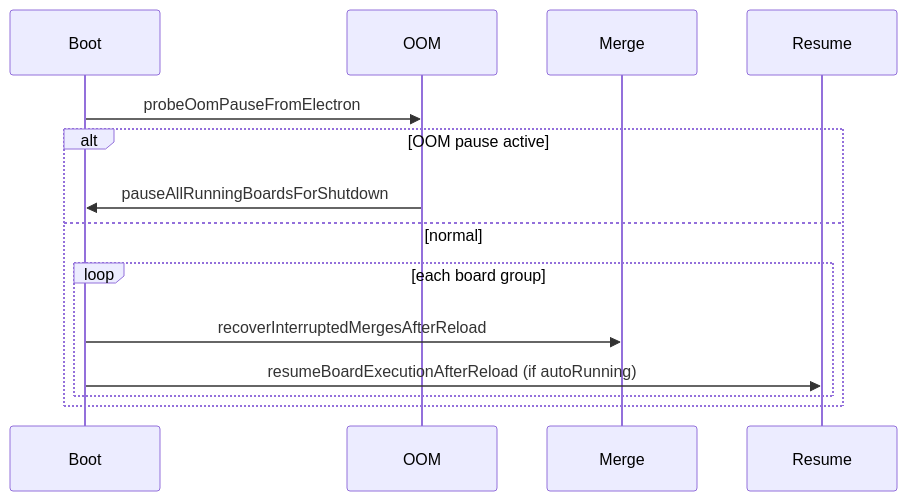
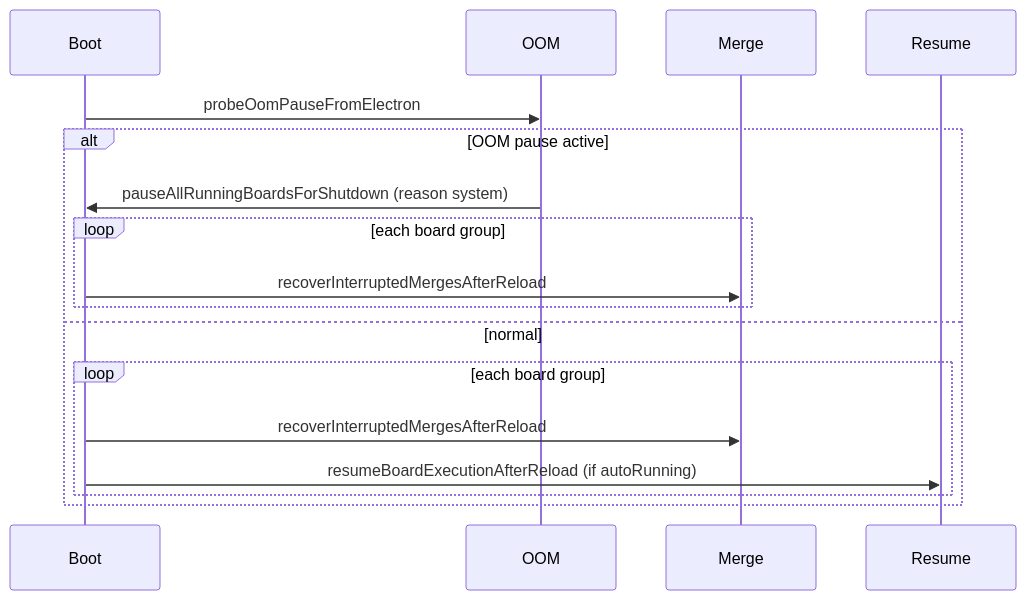
Before and after one commit to DukkyGames/Minnow: the fifth of 5 diagrams in documentation/plans/orchestrate-board-architecture.md, drawn with Mermaid. The commit also changed other lines of this file and 7 other files, not shown here.

````diff
--- a/documentation/plans/orchestrate-board-architecture.md
+++ b/documentation/plans/orchestrate-board-architecture.md
@@ -515,17 +519,20 @@
 ```mermaid
 sequenceDiagram
   participant Boot
   participant OOM
   participant Merge
   participant Resume
 
   Boot->>OOM: probeOomPauseFromElectron
   alt OOM pause active
-    OOM->>Boot: pauseAllRunningBoardsForShutdown
+    OOM->>Boot: pauseAllRunningBoardsForShutdown (reason system)
+    loop each board group
+      Boot->>Merge: recoverInterruptedMergesAfterReload
+    end
   else normal
     loop each board group
       Boot->>Merge: recoverInterruptedMergesAfterReload
       Boot->>Resume: resumeBoardExecutionAfterReload (if autoRunning)
     end
   end
 ```
````
